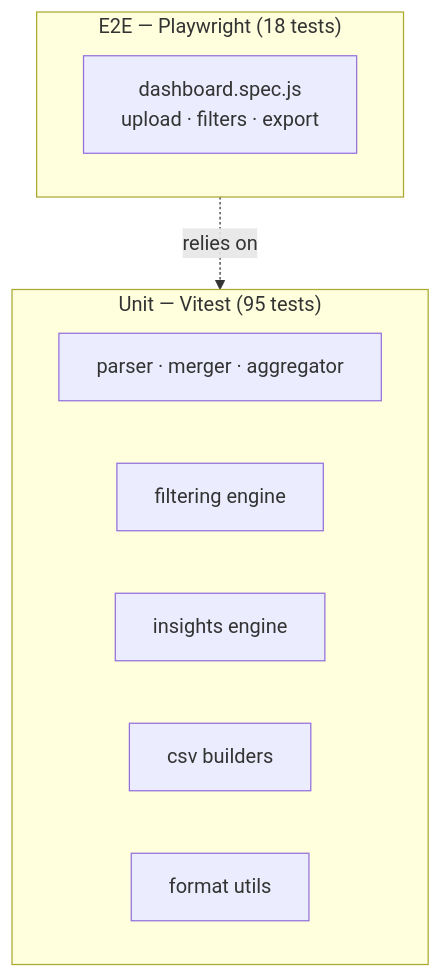
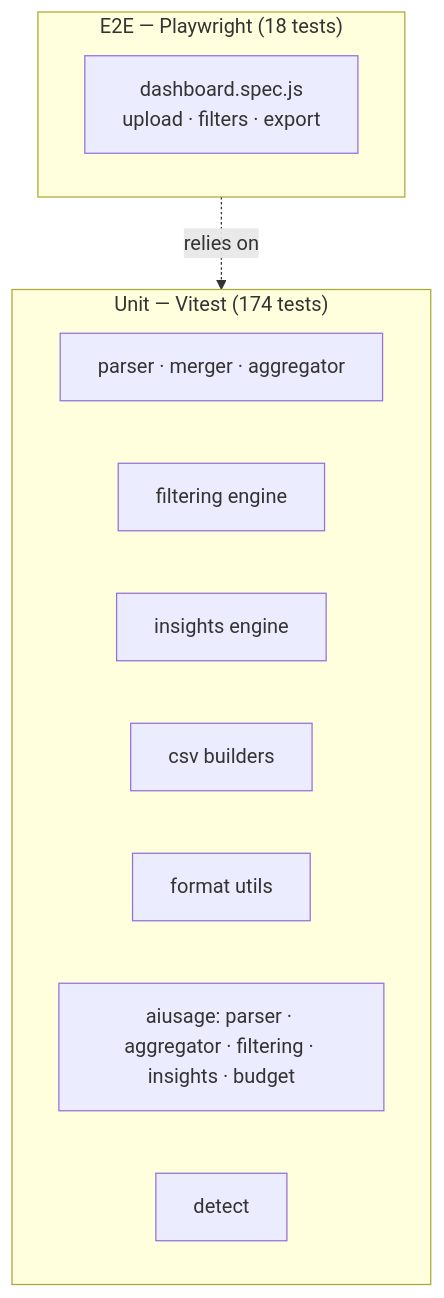
Before and after one commit to kinncj/GitHub-Copilot-Enterprise-Dashboard: the diagram in docs/testing.md, drawn with Mermaid. The commit also changed other lines of this file and 4 other files, not shown here.

````diff
--- a/docs/testing.md
+++ b/docs/testing.md
@@ -63,16 +71,18 @@
 ```mermaid
 graph TD
     subgraph E2E["E2E — Playwright (18 tests)"]
         E[dashboard.spec.js\nupload · filters · export]
     end
 
-    subgraph Unit["Unit — Vitest (95 tests)"]
+    subgraph Unit["Unit — Vitest (174 tests)"]
         U1[parser · merger · aggregator]
         U2[filtering engine]
         U3[insights engine]
         U4[csv builders]
         U5[format utils]
+        U6[aiusage: parser · aggregator · filtering · insights · budget]
+        U7[detect]
     end
 
     E2E -.->|"relies on"| Unit
 ```
````
